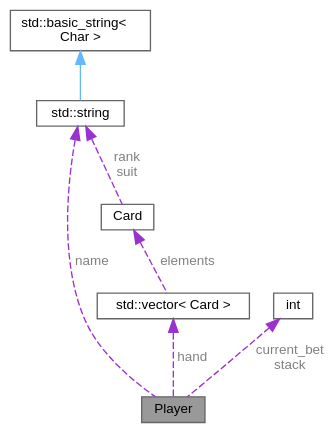
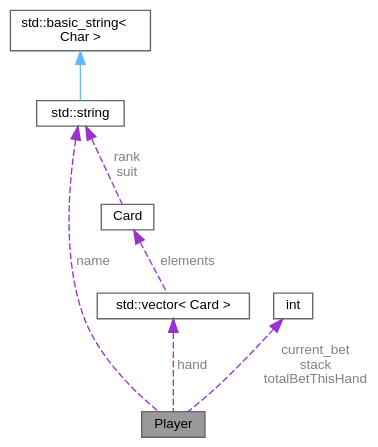
The diagram in class_player__coll__graph.dot (jesstyrrell/cosc345), drawn with Graphviz before and after one commit. The commit also changed 152 other files, not shown here.

```diff
--- a/class_player__coll__graph.dot
+++ b/class_player__coll__graph.dot
@@ -1,20 +1,20 @@
 digraph "Player"
 {
  // INTERACTIVE_SVG=YES
  // LATEX_PDF_SIZE
   bgcolor="transparent";
   edge [fontname=Helvetica,fontsize=10,labelfontname=Helvetica,labelfontsize=10];
   node [fontname=Helvetica,fontsize=10,shape=box,height=0.2,width=0.4];
   Node1 [id="Node000001",label="Player",height=0.2,width=0.4,color="gray40", fillcolor="grey60", style="filled", fontcolor="black",tooltip="Represents a human player in the poker game."];
   Node2 -> Node1 [id="edge1_Node000001_Node000002",dir="back",color="darkorchid3",style="dashed",tooltip=" ",label=" name",fontcolor="grey" ];
   Node2 [id="Node000002",label="std::string",height=0.2,width=0.4,color="gray40", fillcolor="white", style="filled",tooltip=" "];
   Node3 -> Node2 [id="edge2_Node000002_Node000003",dir="back",color="steelblue1",style="solid",tooltip=" "];
   Node3 [id="Node000003",label="std::basic_string\<\l Char \>",height=0.2,width=0.4,color="gray40", fillcolor="white", style="filled",tooltip=" "];
   Node4 -> Node1 [id="edge3_Node000001_Node000004",dir="back",color="darkorchid3",style="dashed",tooltip=" ",label=" hand",fontcolor="grey" ];
   Node4 [id="Node000004",label="std::vector\< Card \>",height=0.2,width=0.4,color="gray40", fillcolor="white", style="filled",tooltip=" "];
   Node5 -> Node4 [id="edge4_Node000004_Node000005",dir="back",color="darkorchid3",style="dashed",tooltip=" ",label=" elements",fontcolor="grey" ];
   Node5 [id="Node000005",label="Card",height=0.2,width=0.4,color="gray40", fillcolor="white", style="filled",URL="$class_card.html",tooltip="Represents a single card in a deck of cards. Each card has a suit and a rank."];
   Node2 -> Node5 [id="edge5_Node000005_Node000002",dir="back",color="darkorchid3",style="dashed",tooltip=" ",label=" rank\nsuit",fontcolor="grey" ];
-  Node6 -> Node1 [id="edge6_Node000001_Node000006",dir="back",color="darkorchid3",style="dashed",tooltip=" ",label=" current_bet\nstack",fontcolor="grey" ];
+  Node6 -> Node1 [id="edge6_Node000001_Node000006",dir="back",color="darkorchid3",style="dashed",tooltip=" ",label=" current_bet\nstack\ntotalBetThisHand",fontcolor="grey" ];
   Node6 [id="Node000006",label="int",height=0.2,width=0.4,color="gray40", fillcolor="white", style="filled",tooltip=" "];
 }
```
